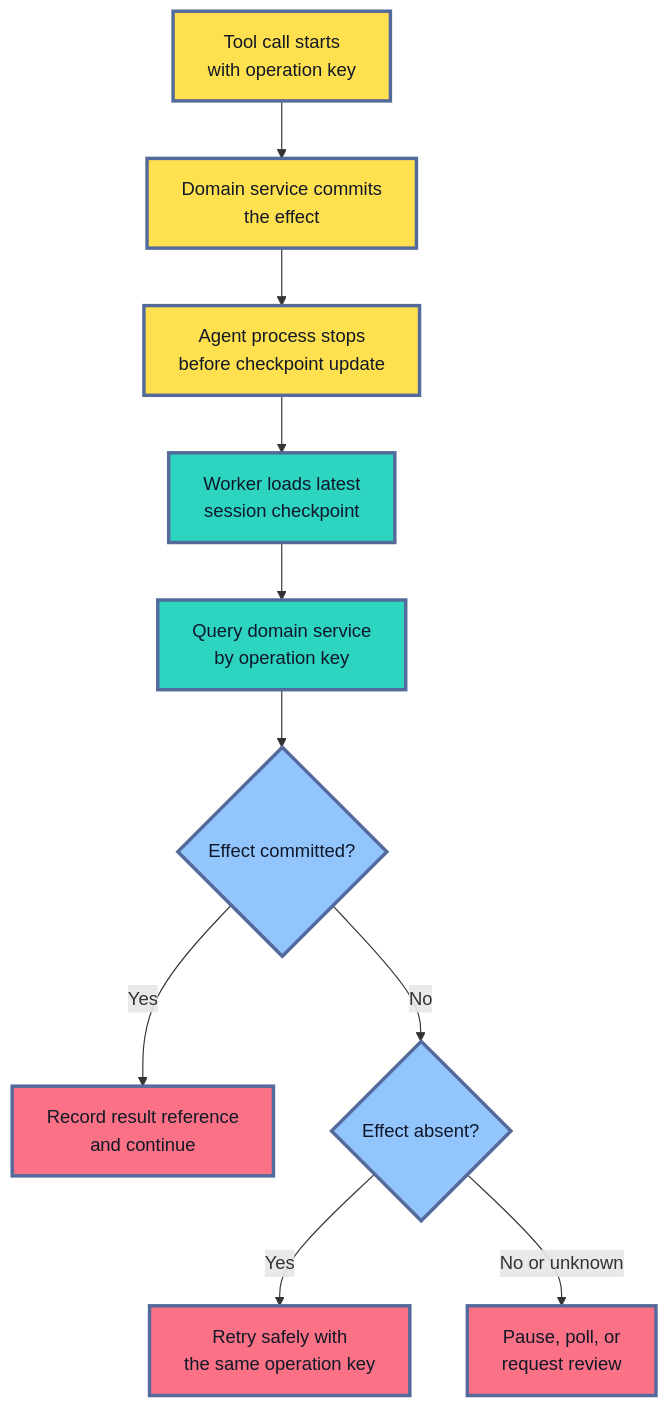
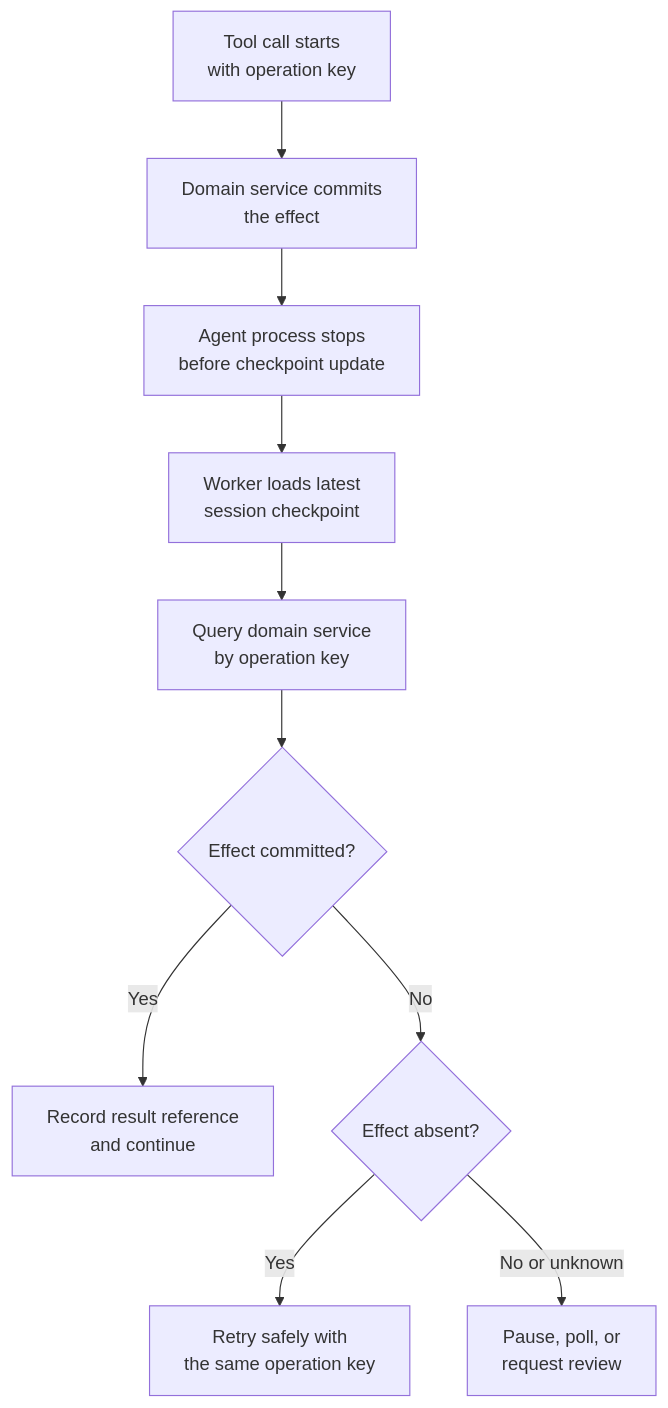
The tenth of 14 diagrams in roadmaps/mlops/modules/llmops/context-engineering/03-memory-and-state.md (senlinyy/dev-roadmaps), drawn with Mermaid before and after one commit. The commit also changed other lines of this file and 152 other files, not shown here.

Commit message:
feat: mlops and diagrams updated

````diff
--- a/roadmaps/mlops/modules/llmops/context-engineering/03-memory-and-state.md
+++ b/roadmaps/mlops/modules/llmops/context-engineering/03-memory-and-state.md
@@ -599,21 +567,17 @@
 ```mermaid
 flowchart TD
     A["Tool call starts<br/>with operation key"] --> B["Domain service commits<br/>the effect"]
     B --> C["Agent process stops<br/>before checkpoint update"]
     C --> D["Worker loads latest<br/>session checkpoint"]
     D --> E["Query domain service<br/>by operation key"]
     E --> F{"Effect committed?"}
     F -->|"Yes"| G["Record result reference<br/>and continue"]
     F -->|"No"| J{"Effect absent?"}
     J -->|"Yes"| H["Retry safely with<br/>the same operation key"]
     J -->|"No or unknown"| I["Pause, poll, or<br/>request review"]
 
-    classDef effect fill:#FFE04F,stroke:#536A9A,stroke-width:3px,color:#111827
-    classDef recover fill:#2DD4BF,stroke:#536A9A,stroke-width:3px,color:#0F172A
-    classDef decision fill:#93C5FD,stroke:#536A9A,stroke-width:3px,color:#0F172A
-    classDef outcome fill:#FB7185,stroke:#536A9A,stroke-width:3px,color:#111827
     class A,B,C effect
     class D,E recover
     class F,J decision
     class G,H,I outcome
 ```
````
